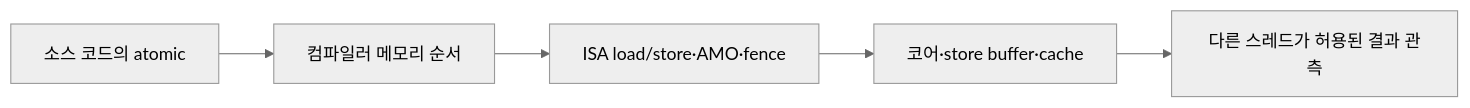
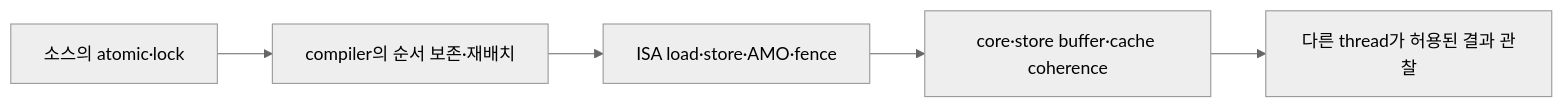
Before and after one commit to mj006648/netai-devsecops-runbook: the diagram in learning/computer-architecture/08-memory-ordering-and-atomics.md, drawn with Mermaid (neutral theme). The commit also changed other lines of this file and 55 other files, not shown here.

````diff
--- a/learning/computer-architecture/08-memory-ordering-and-atomics.md
+++ b/learning/computer-architecture/08-memory-ordering-and-atomics.md
@@ -28,7 +23,7 @@
-```mermaid
+~~~mermaid
 flowchart LR
-  C[소스 코드의 atomic] --> K[컴파일러 메모리 순서]
-  K --> I[ISA load/store·AMO·fence]
-  I --> M[코어·store buffer·cache]
-  M --> O[다른 스레드가 허용된 결과 관측]
-```
+  S[소스의 atomic·lock] --> C[compiler의 순서 보존·재배치]
+  C --> I[ISA load·store·AMO·fence]
+  I --> H[core·store buffer·cache coherence]
+  H --> O[다른 thread가 허용된 결과 관찰]
+~~~
````
